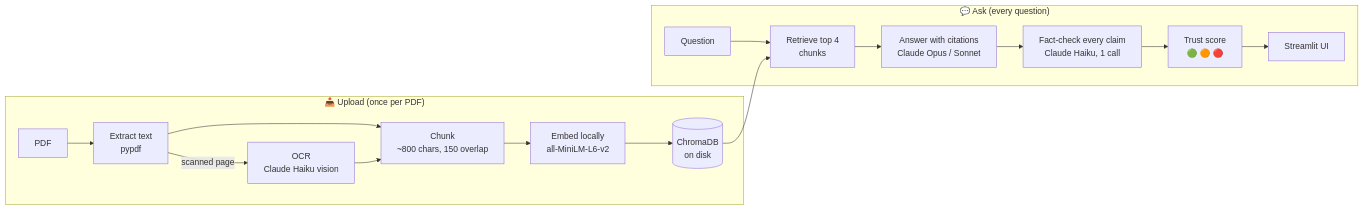
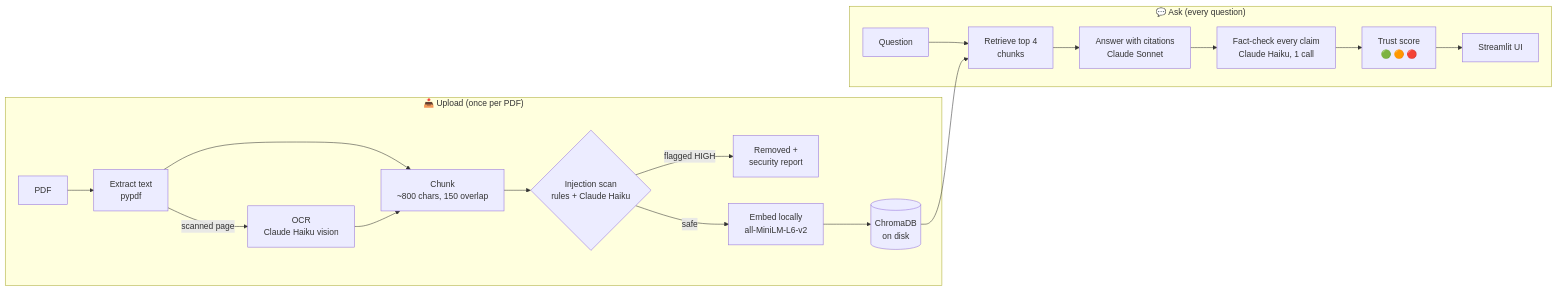
The diagram in README.md (Adi-2494/trustrag), drawn with Mermaid before and after one commit. The commit also changed other lines of this file and 18 other files, not shown here.

Commit message:
Feature 3: prompt-injection scanner, Claude subscription mode, multi-arch Docker, false-alarm fixes

````diff
--- a/README.md
+++ b/README.md
@@ -73,20 +84,22 @@
 ```mermaid
 flowchart LR
     subgraph Ingest["📥 Upload (once per PDF)"]
         A[PDF] --> B[Extract text<br/>pypdf]
         B -->|scanned page| C[OCR<br/>Claude Haiku vision]
         B --> D[Chunk<br/>~800 chars, 150 overlap]
         C --> D
-        D --> E[Embed locally<br/>all-MiniLM-L6-v2]
+        D --> S{Injection scan<br/>rules + Claude Haiku}
+        S -->|flagged HIGH| X[Removed +<br/>security report]
+        S -->|safe| E[Embed locally<br/>all-MiniLM-L6-v2]
         E --> F[(ChromaDB<br/>on disk)]
     end
 
     subgraph Ask["💬 Ask (every question)"]
         Q[Question] --> R[Retrieve top 4<br/>chunks]
         F --> R
-        R --> G[Answer with citations<br/>Claude Opus / Sonnet]
+        R --> G[Answer with citations<br/>Claude Sonnet]
         G --> V[Fact-check every claim<br/>Claude Haiku, 1 call]
         V --> T[Trust score<br/>🟢 🟠 🔴]
         T --> UI[Streamlit UI]
     end
 ```
````
